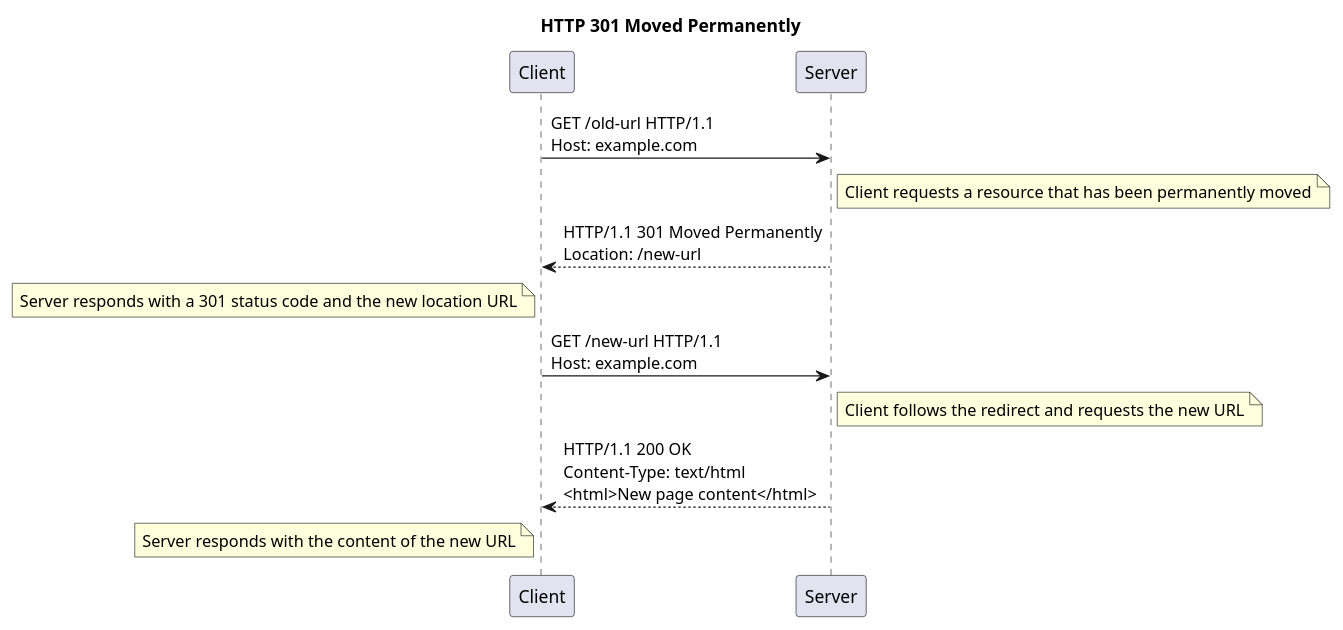
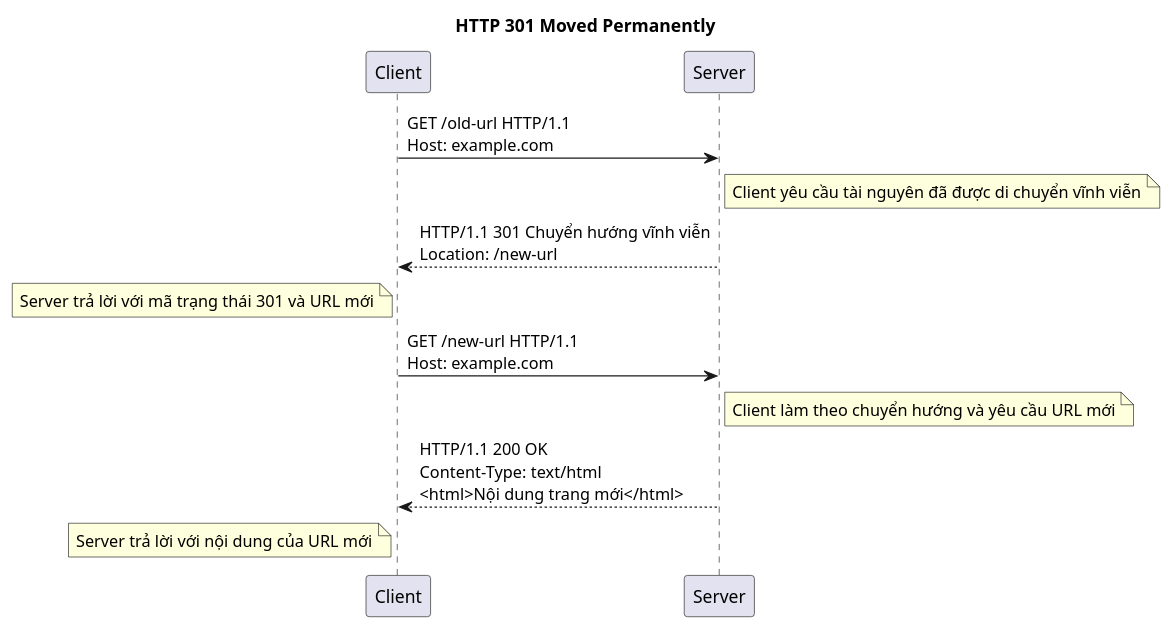
One commit to thanhlv-com/thanhlv-blog changed diagram 12 of 26 in packages/apps/src/blog/2024-12-05-y-nghia-cua-cac-http-status-code.md. Above: the diagram before and after it, drawn with PlantUML. The commit also changed other lines of this file and 3 other files, not shown here.

````diff
--- a/packages/apps/src/blog/2024-12-05-y-nghia-cua-cac-http-status-code.md
+++ b/packages/apps/src/blog/2024-12-05-y-nghia-cua-cac-http-status-code.md
@@ -437,22 +434,23 @@
 ```plantuml
 @startuml
 
 title HTTP 301 Moved Permanently
 
 participant "Client" as C
 participant "Server" as S
 
 C -> S: GET /old-url HTTP/1.1\nHost: example.com
-note right of S: Client requests a resource that has been permanently moved
+note right of S: Client yêu cầu tài nguyên đã được di chuyển vĩnh viễn
 
-S --> C: HTTP/1.1 301 Moved Permanently\nLocation: /new-url
-note left of C: Server responds with a 301 status code and the new location URL
+S --> C: HTTP/1.1 301 Chuyển hướng vĩnh viễn\nLocation: /new-url
+note left of C: Server trả lời với mã trạng thái 301 và URL mới
 
 C -> S: GET /new-url HTTP/1.1\nHost: example.com
-note right of S: Client follows the redirect and requests the new URL
+note right of S: Client làm theo chuyển hướng và yêu cầu URL mới
 
-S --> C: HTTP/1.1 200 OK\nContent-Type: text/html\n<html>New page content</html>
-note left of C: Server responds with the content of the new URL
+S --> C: HTTP/1.1 200 OK\nContent-Type: text/html\n<html>Nội dung trang mới</html>
+note left of C: Server trả lời với nội dung của URL mới
 
 @enduml
+
 ```
````
